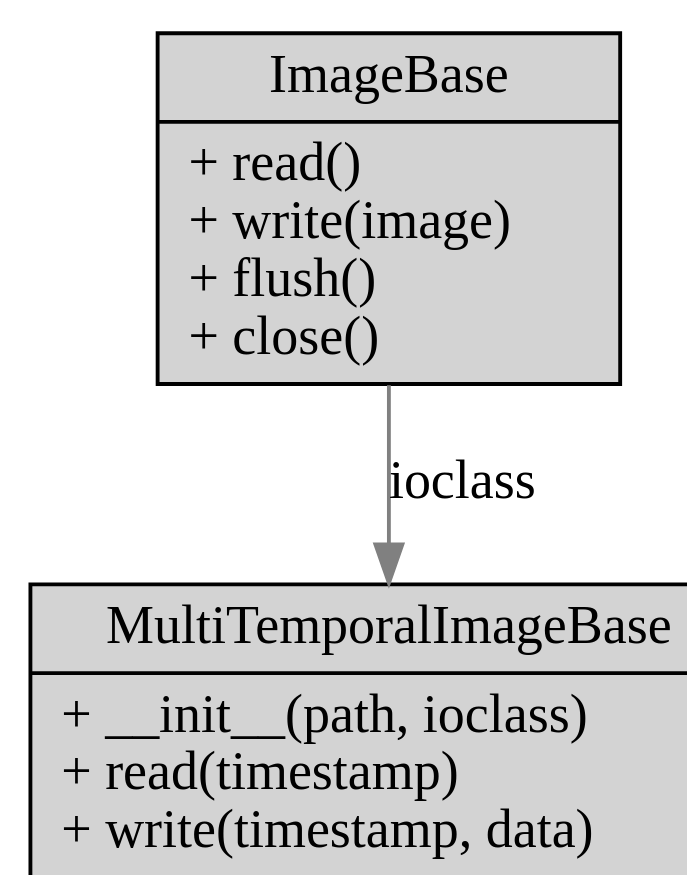
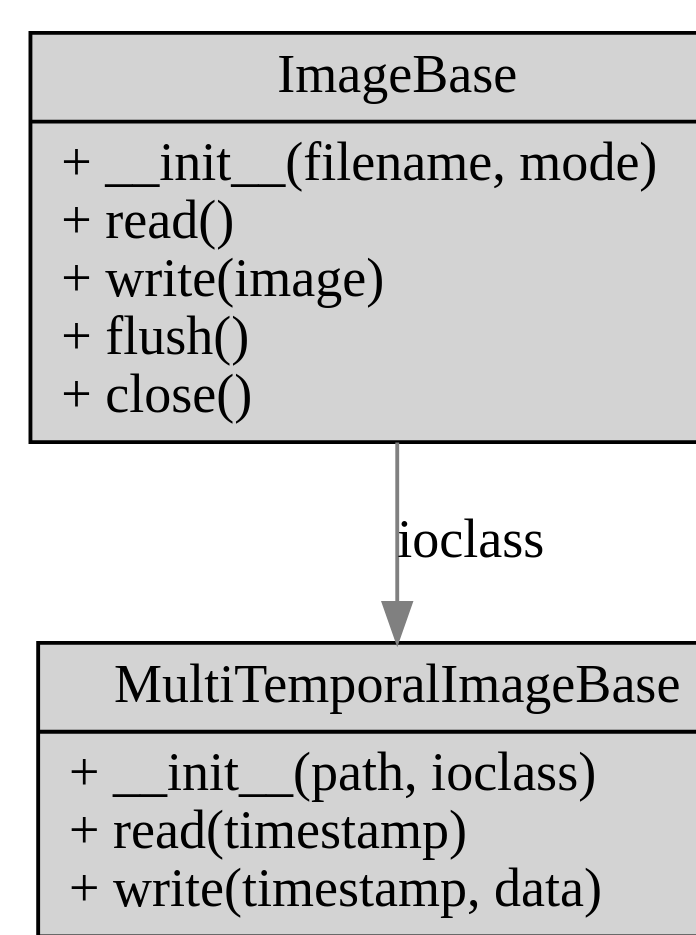
One commit to TUW-GEO/pygeobase changed the third of 3 diagrams in docs/graphs/graphs.org. Above: the diagram before and after it, drawn with Graphviz. The commit also changed 2 other files, not shown here.

Commit message:
Add __init__ to overview_img graph.

```diff
--- a/docs/graphs/graphs.org
+++ b/docs/graphs/graphs.org
@@ -56,21 +56,21 @@
 #+begin_src dot :file ./overview_img.svg :cmdline -Kdot -Tsvg :tangle overview_img.dot
   digraph G {
                   resolution=100
                   rankdir=UD
                   bgcolor=Transparent
                 
                   node [style="filled",fontname="Hack" ,shape=record] //All nodes will this shape and colour
                   edge [color=Gray, fontname="Hack"] //All the lines look like this
                 
                   ImageBase [
-                  label = "{ImageBase| + read() \l + write(image) \l + flush()\l + close()\l}"
+                  label = "{ImageBase|+ __init__(filename, mode) \l + read() \l + write(image) \l + flush()\l + close()\l}"
                   ]
 
                   MultiTemporalImageBase [
                   label = "{MultiTemporalImageBase| + __init__(path, ioclass)  \l + read(timestamp) \l + write(timestamp, data) \l}"
                   ]
 
                   {ImageBase}->MultiTemporalImageBase [label="ioclass \l"]
 
   }
 #+end_src
```
